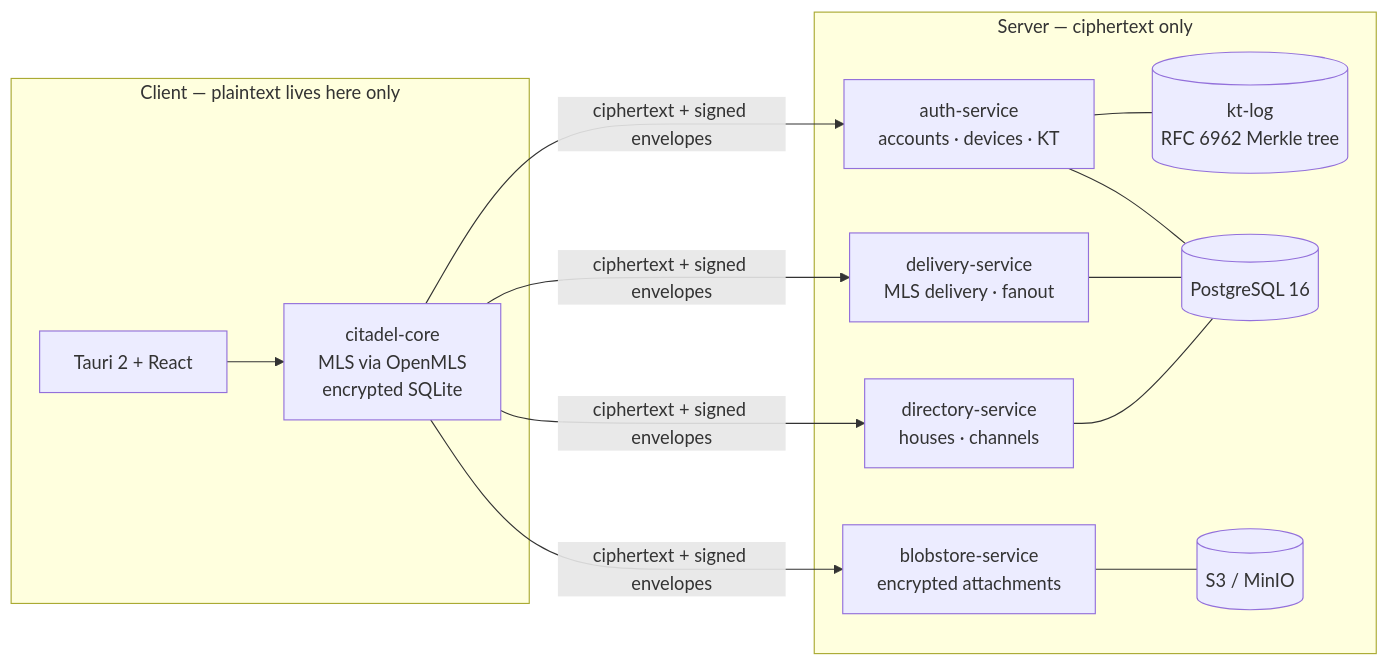
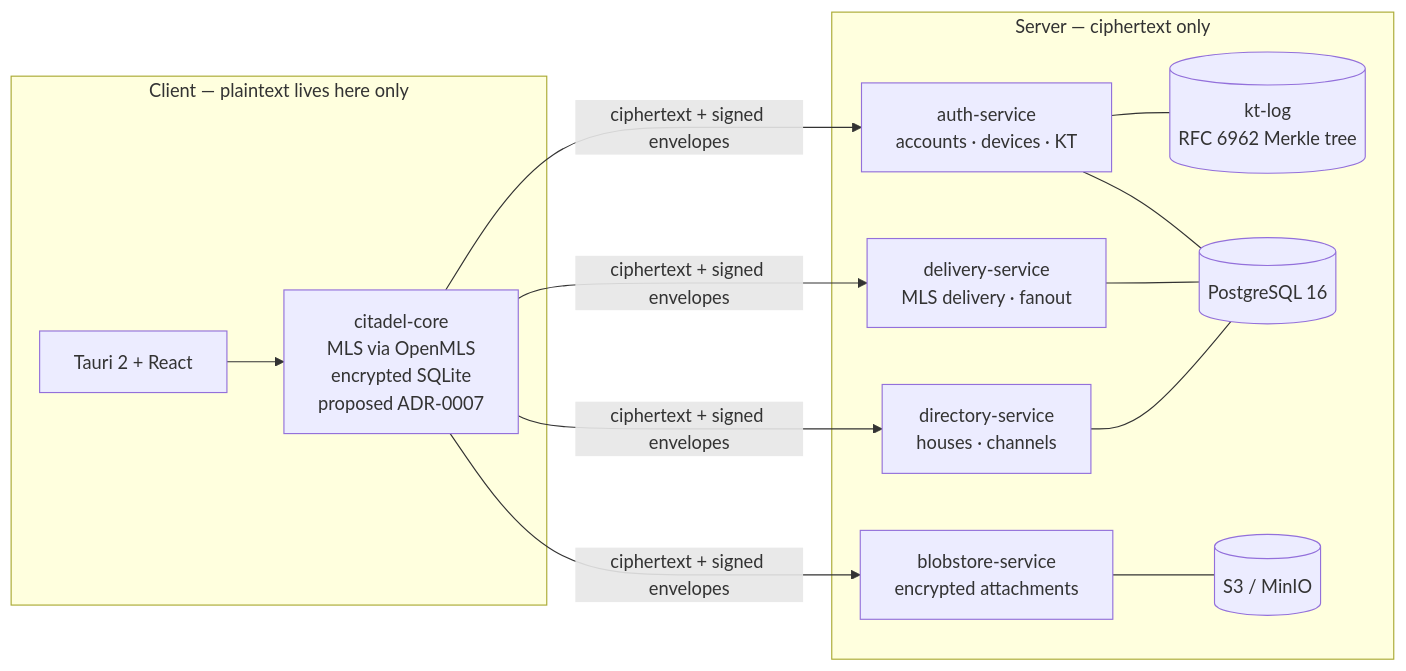
The diagram in README.md (Phew/Citadel), drawn with Mermaid before and after one commit. The commit also changed other lines of this file and 4 other files, not shown here.

````diff
--- a/README.md
+++ b/README.md
@@ -52,19 +52,19 @@
 ```mermaid
 flowchart LR
     subgraph Client [Client — plaintext lives here only]
-        UI[Tauri 2 + React] --> Core[citadel-core<br/>MLS via OpenMLS<br/>encrypted SQLite]
+        UI[Tauri 2 + React] --> Core[citadel-core<br/>MLS via OpenMLS<br/>encrypted SQLite<br/>proposed ADR-0007]
     end
     subgraph Server [Server — ciphertext only]
         Auth[auth-service<br/>accounts · devices · KT]
         Delivery[delivery-service<br/>MLS delivery · fanout]
         Directory[directory-service<br/>houses · channels]
         Blob[blobstore-service<br/>encrypted attachments]
         KT[(kt-log<br/>RFC 6962 Merkle tree)]
         PG[(PostgreSQL 16)]
         S3[(S3 / MinIO)]
     end
     Core -->|ciphertext + signed envelopes| Auth & Delivery & Directory & Blob
     Auth --- KT
     Auth & Delivery & Directory --- PG
     Blob --- S3
 ```
````
